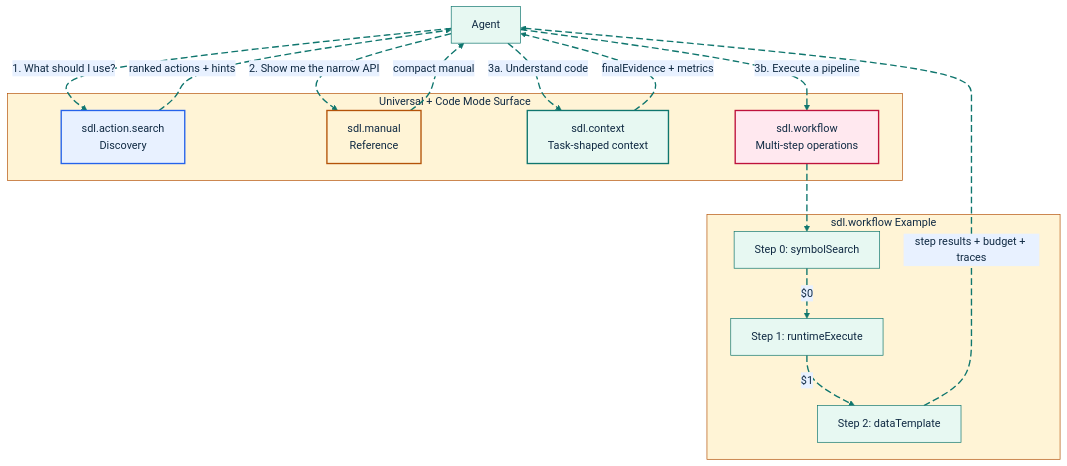
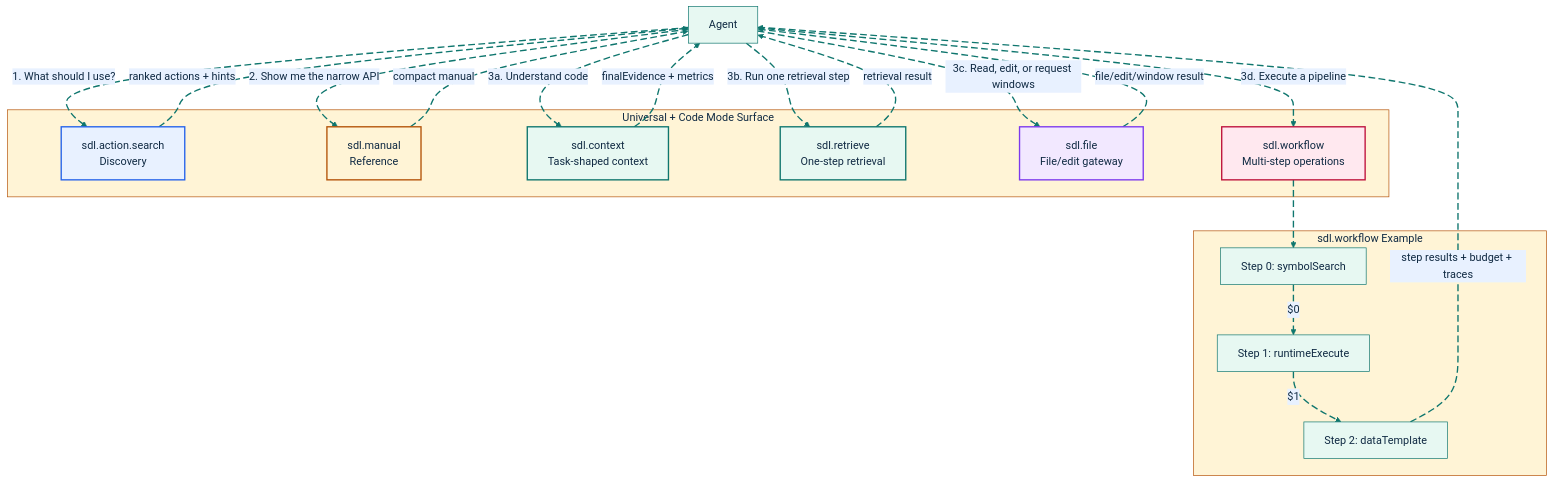
The diagram in docs/feature-deep-dives/code-mode.md (GlitterKill/sdl-mcp), drawn with Mermaid before and after one commit. The commit also changed other lines of this file and 17 other files, not shown here.

````diff
--- a/docs/feature-deep-dives/code-mode.md
+++ b/docs/feature-deep-dives/code-mode.md
@@ -109,45 +139,53 @@
 ```mermaid
 %%{init: {"theme":"base","themeVariables":{"background":"#ffffff","primaryColor":"#E7F8F2","primaryBorderColor":"#0F766E","primaryTextColor":"#102A43","secondaryColor":"#E8F1FF","secondaryBorderColor":"#2563EB","secondaryTextColor":"#102A43","tertiaryColor":"#FFF4D6","tertiaryBorderColor":"#B45309","tertiaryTextColor":"#102A43","lineColor":"#0F766E","textColor":"#102A43","fontFamily":"Inter, ui-sans-serif, system-ui, -apple-system, BlinkMacSystemFont, Segoe UI, sans-serif"},"flowchart":{"curve":"basis","htmlLabels":true}}}%%
 flowchart TD
     Agent["Agent"]
 
     subgraph "Universal + Code Mode Surface"
         AS["sdl.action.search<br/>Discovery"]
         MN["sdl.manual<br/>Reference"]
         CTX["sdl.context<br/>Task-shaped context"]
+        RET["sdl.retrieve<br/>One-step retrieval"]
+        FILE["sdl.file<br/>File/edit gateway"]
         WF["sdl.workflow<br/>Multi-step operations"]
     end
 
     Agent e1@-->|"1. What should I use?"| AS
     AS e2@-->|"ranked actions + hints"| Agent
     Agent e3@-->|"2. Show me the narrow API"| MN
     MN e4@-->|"compact manual"| Agent
     Agent e5@-->|"3a. Understand code"| CTX
-    Agent e6@-->|"3b. Execute a pipeline"| WF
+    Agent e6@-->|"3b. Run one retrieval step"| RET
+    Agent e7@-->|"3c. Read, edit, or request windows"| FILE
+    Agent e8@-->|"3d. Execute a pipeline"| WF
 
     subgraph "sdl.workflow Example"
         S1["Step 0: symbolSearch"]
         S2["Step 1: runtimeExecute"]
         S3["Step 2: dataTemplate"]
-        S1 e7@-->|"$0"| S2
-        S2 e8@-->|"$1"| S3
+        S1 e9@-->|"$0"| S2
+        S2 e10@-->|"$1"| S3
     end
 
-    WF e9@--> S1
-    CTX e10@-->|"finalEvidence + metrics"| Agent
-    S3 e11@-->|"step results + budget + traces"| Agent
+    WF e11@--> S1
+    CTX e12@-->|"finalEvidence + metrics"| Agent
+    RET e13@-->|"retrieval result"| Agent
+    FILE e14@-->|"file/edit/window result"| Agent
+    S3 e15@-->|"step results + budget + traces"| Agent
 
     style AS fill:#E8F1FF,stroke:#2563EB,stroke-width:2px,color:#102A43
     style MN fill:#FFF4D6,stroke:#B45309,stroke-width:2px,color:#102A43
     style CTX fill:#E7F8F2,stroke:#0F766E,stroke-width:2px,color:#102A43
+    style RET fill:#E7F8F2,stroke:#0F766E,stroke-width:2px,color:#102A43
+    style FILE fill:#F2E8FF,stroke:#7C3AED,stroke-width:2px,color:#102A43
     style WF fill:#FFE8EF,stroke:#BE123C,stroke-width:2px,color:#102A43
 
     classDef source fill:#E7F8F2,stroke:#0F766E,stroke-width:2px,color:#102A43;
     classDef process fill:#E8F1FF,stroke:#2563EB,stroke-width:2px,color:#102A43;
     classDef decision fill:#FFF4D6,stroke:#B45309,stroke-width:2px,color:#102A43;
     classDef storage fill:#F2E8FF,stroke:#7C3AED,stroke-width:2px,color:#102A43;
     classDef output fill:#FFE8EF,stroke:#BE123C,stroke-width:2px,color:#102A43;
     classDef muted fill:#F8FAFC,stroke:#64748B,stroke-width:1px,color:#102A43;
     classDef animate stroke:#0F766E,stroke-width:2px,stroke-dasharray:10\,5,stroke-dashoffset:900,animation:dash 22s linear infinite;
-    class e1,e2,e3,e4,e5,e6,e7,e8,e9,e10,e11 animate;
+    class e1,e2,e3,e4,e5,e6,e7,e8,e9,e10,e11,e12,e13,e14,e15 animate;
 ```
````
